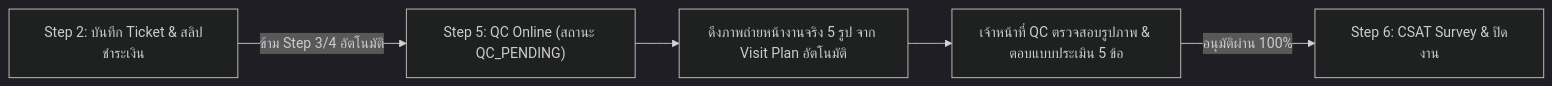
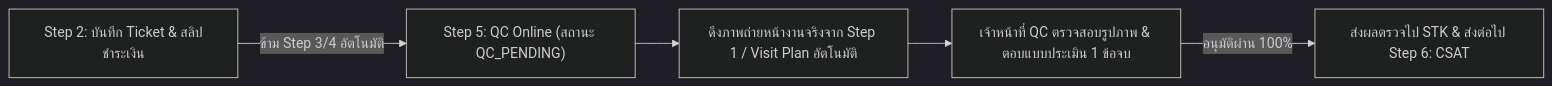
One commit to isarachootip/pmt_flow changed the third of 5 diagrams in doc/คู่มือการใช้งาน_Step6_ตรวจรับรองคุณภาพQC.md. Above: the diagram before and after it, drawn with Mermaid (dark theme). The commit also changed other lines of this file and 7 other files, not shown here.

````diff
--- a/doc/คู่มือการใช้งาน_Step6_ตรวจรับรองคุณภาพQC.md
+++ b/doc/คู่มือการใช้งาน_Step6_ตรวจรับรองคุณภาพQC.md
@@ -99,7 +99,7 @@
 ```mermaid
 graph LR
     S2["Step 2: บันทึก Ticket & สลิปชำระเงิน"] -->|ข้าม Step 3/4 อัตโนมัติ| QC["Step 5: QC Online (สถานะ QC_PENDING)"]
-    QC --> VP["ดึงภาพถ่ายหน้างานจริง 5 รูป จาก Visit Plan อัตโนมัติ"]
-    VP --> Review["เจ้าหน้าที่ QC ตรวจสอบรูปภาพ & ตอบแบบประเมิน 5 ข้อ"]
-    Review -->|อนุมัติผ่าน 100%| CSAT["Step 6: CSAT Survey & ปิดงาน"]
+    QC --> VP["ดึงภาพถ่ายหน้างานจริงจาก Step 1 / Visit Plan อัตโนมัติ"]
+    VP --> Review["เจ้าหน้าที่ QC ตรวจสอบรูปภาพ & ตอบแบบประเมิน 1 ข้อจบ"]
+    Review -->|อนุมัติผ่าน 100%| STK["ส่งผลตรวจไป STK & ส่งต่อไป Step 6: CSAT"]
 ```
````
